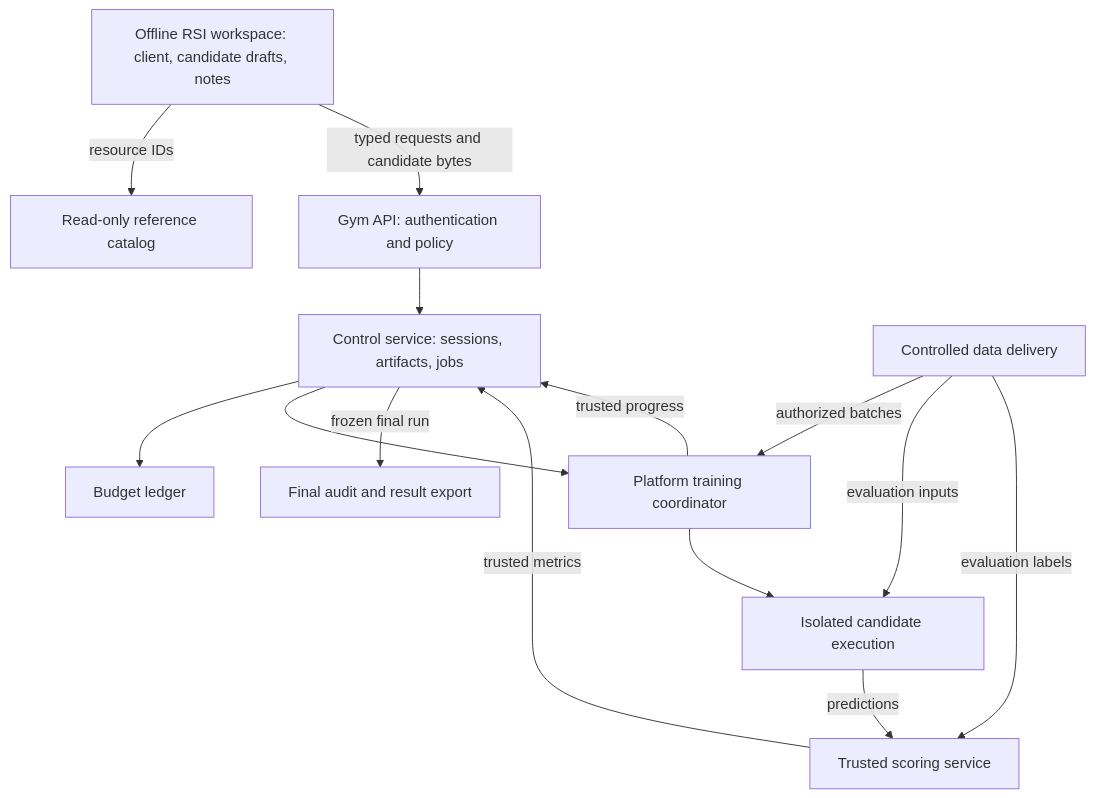
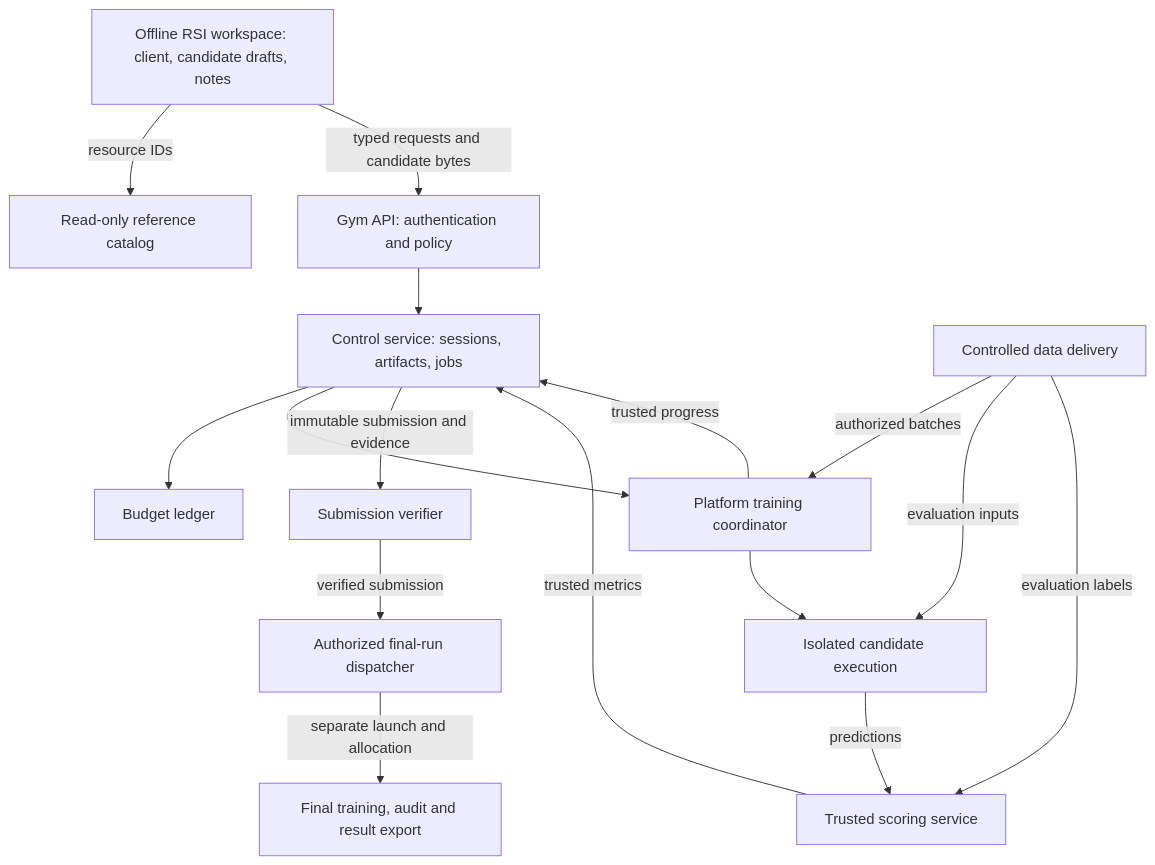
Before and after one commit to Interactive-Active-AI/NextTransformer: the diagram in docs/design/gym-design-interface.md, drawn with Mermaid. The commit also changed other lines of this file, not shown here.

Commit message:
docs: organize gym assets and decouple submission verification from final runs

````diff
--- a/docs/design/gym-design-interface.md
+++ b/docs/design/gym-design-interface.md
@@ -176,26 +178,30 @@
 ```mermaid
 flowchart TB
     R[Offline RSI workspace: client, candidate drafts, notes]
     K[Read-only reference catalog]
     A[Gym API: authentication and policy]
     S[Control service: sessions, artifacts, jobs]
     L[Budget ledger]
     W[Isolated candidate execution]
     T[Platform training coordinator]
     E[Trusted scoring service]
     D[Controlled data delivery]
-    F[Final audit and result export]
+    V[Submission verifier]
+    P[Authorized final-run dispatcher]
+    F[Final training, audit and result export]
     R -->|resource IDs| K
     R -->|typed requests and candidate bytes| A
     A --> S
     S --> L
     S --> T
     T --> W
     D -->|authorized batches| T
     D -->|evaluation inputs| W
     W -->|predictions| E
     D -->|evaluation labels| E
     T -->|trusted progress| S
     E -->|trusted metrics| S
-    S -->|frozen final run| F
+    S -->|immutable submission and evidence| V
+    V -->|verified submission| P
+    P -->|separate launch and allocation| F
 ```
````
